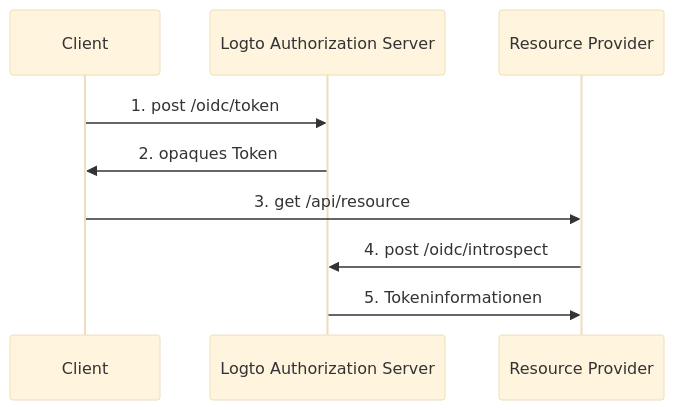
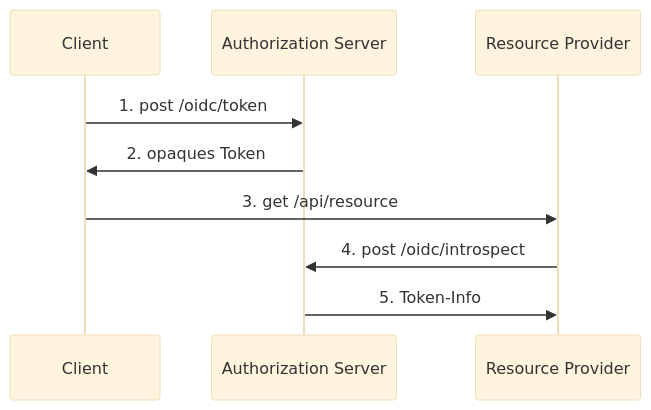
Before and after one commit to logto-io/auth-wiki: the first of 2 diagrams in src/content/terms/de/opaque-token.mdx, drawn with Mermaid (base theme). The commit also changed other lines of this file and 98 other files, not shown here.

````diff
--- a/src/content/terms/de/opaque-token.mdx
+++ b/src/content/terms/de/opaque-token.mdx
@@ -49,13 +49,13 @@
 ```mermaid
 sequenceDiagram
     participant C as Client
-    participant AS as Logto Authorization Server
+    participant AS as Authorization Server
     participant RP as Resource Provider
 
     C ->> AS: 1. post /oidc/token
     AS ->> C: 2. opaques Token
     C ->> RP: 3. get /api/resource
     RP ->> AS: 4. post /oidc/introspect
-    AS ->> RP: 5. Tokeninformationen
+    AS ->> RP: 5. Token-Info
 
 ```
````
